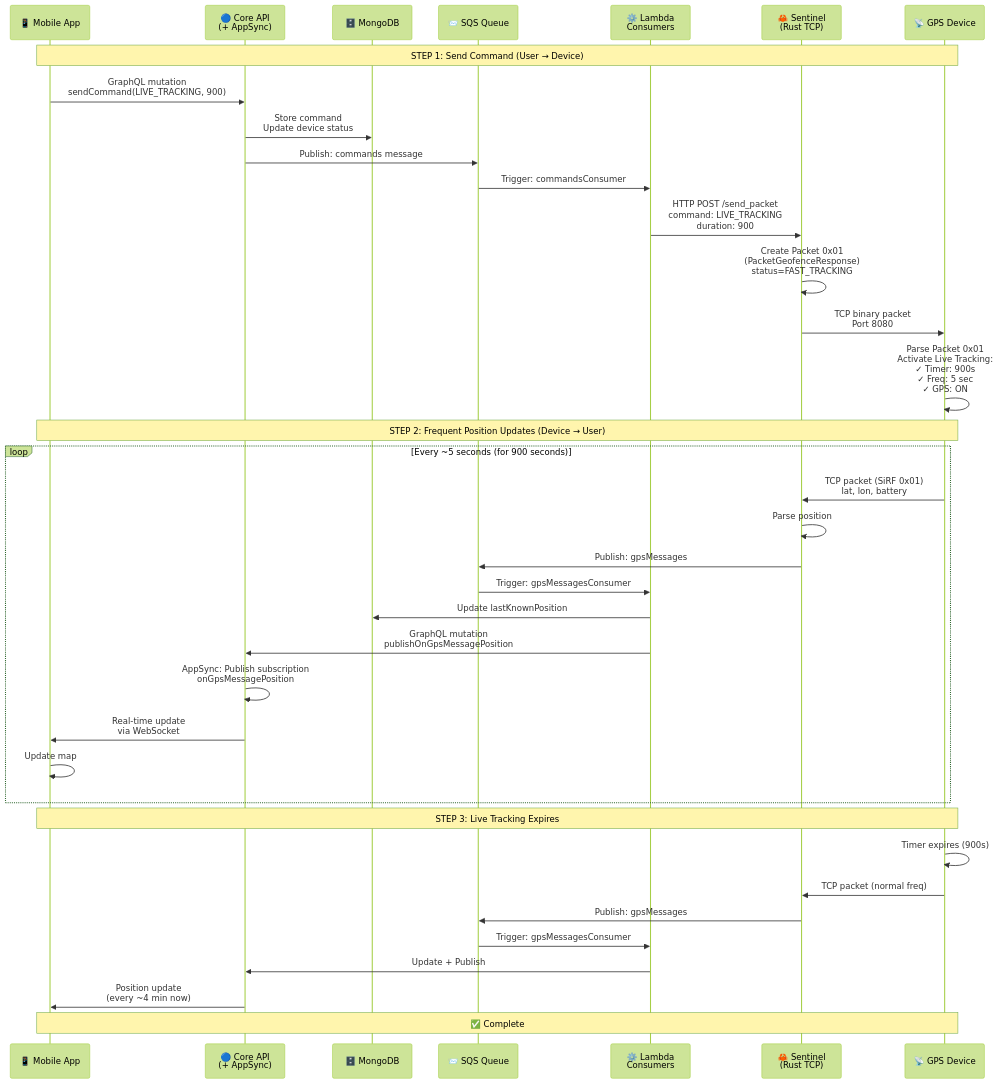
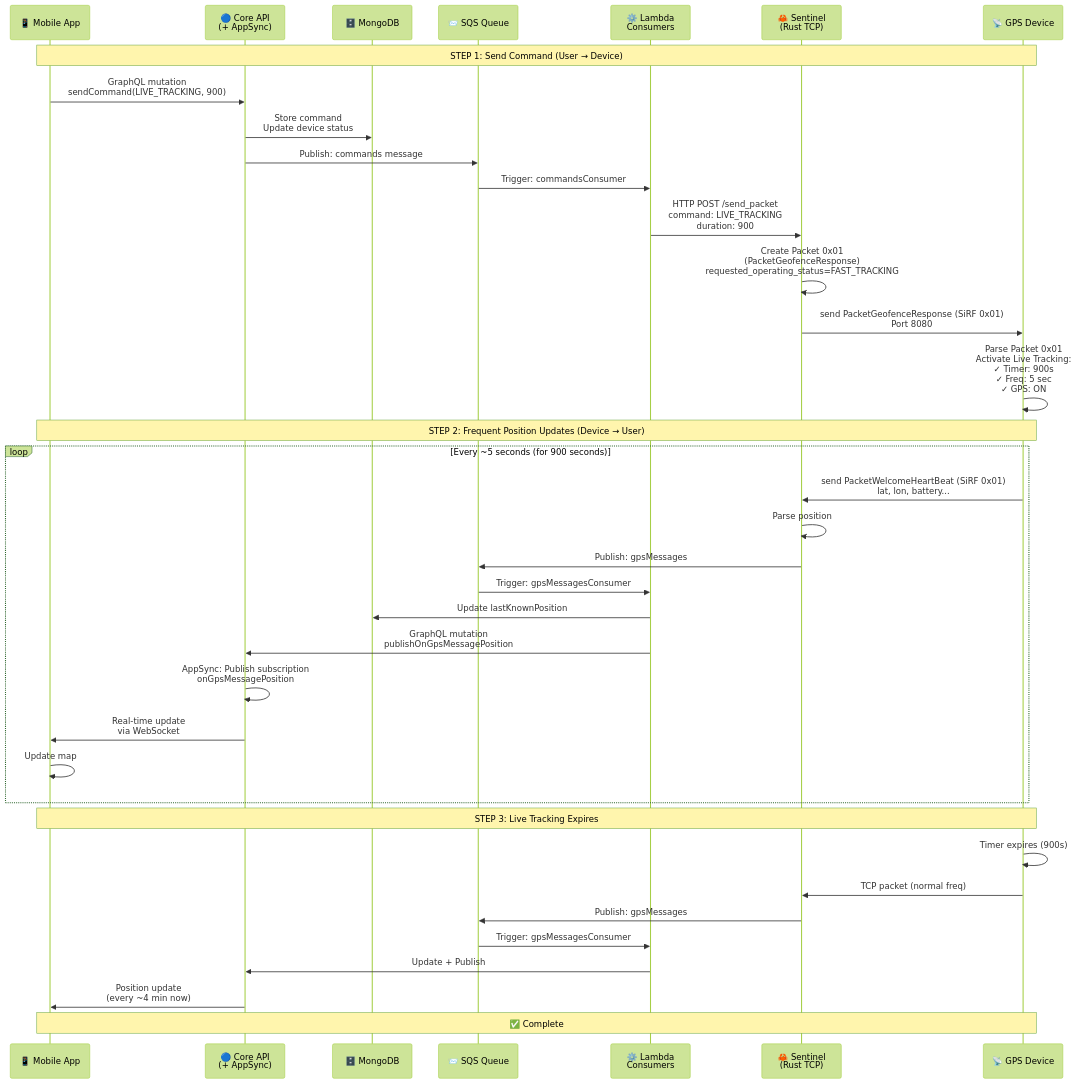
One commit to DatamarsSA/petlink-everywhere-test changed the diagram in docs/modes/mode-live-tracking.md. Above: the diagram before and after it, drawn with Mermaid (forest theme). The commit also changed 4 other files, not shown here.

````diff
--- a/docs/modes/mode-live-tracking.md
+++ b/docs/modes/mode-live-tracking.md
@@ -356,46 +356,46 @@
 ```mermaid
 sequenceDiagram
     participant Mobile as 📱 Mobile App
     participant Core as 🔵 Core API<br/>(+ AppSync)
     participant MongoDB as 🗄️ MongoDB
     participant SQS as 📨 SQS Queue
     participant Lambda as ⚙️ Lambda<br/>Consumers
     participant Sentinel as 🦀 Sentinel<br/>(Rust TCP)
     participant Device as 📡 GPS Device
 
     Note over Mobile,Device: STEP 1: Send Command (User → Device)
 
     Mobile->>Core: GraphQL mutation<br/>sendCommand(LIVE_TRACKING, 900)
     Core->>MongoDB: Store command<br/>Update device status
     Core->>SQS: Publish: commands message
     SQS->>Lambda: Trigger: commandsConsumer
     Lambda->>Sentinel: HTTP POST /send_packet<br/>command: LIVE_TRACKING<br/>duration: 900
-    Sentinel->>Sentinel: Create Packet 0x01<br/>(PacketGeofenceResponse)<br/>status=FAST_TRACKING
-    Sentinel->>Device: TCP binary packet<br/>Port 8080
+    Sentinel->>Sentinel: Create Packet 0x01<br/>(PacketGeofenceResponse)<br/>requested_operating_status=FAST_TRACKING
+    Sentinel->>Device: send PacketGeofenceResponse (SiRF 0x01)<br/>Port 8080
     Device->>Device: Parse Packet 0x01<br/>Activate Live Tracking:<br/>✓ Timer: 900s<br/>✓ Freq: 5 sec<br/>✓ GPS: ON
 
     Note over Mobile,Device: STEP 2: Frequent Position Updates (Device → User)
 
     loop Every ~5 seconds (for 900 seconds)
-        Device->>Sentinel: TCP packet (SiRF 0x01)<br/>lat, lon, battery
+        Device->>Sentinel: send PacketWelcomeHeartBeat (SiRF 0x01)<br/>lat, lon, battery...
         Sentinel->>Sentinel: Parse position
         Sentinel->>SQS: Publish: gpsMessages
         SQS->>Lambda: Trigger: gpsMessagesConsumer
         Lambda->>MongoDB: Update lastKnownPosition
         Lambda->>Core: GraphQL mutation<br/>publishOnGpsMessagePosition
         Core->>Core: AppSync: Publish subscription<br/>onGpsMessagePosition
         Core->>Mobile: Real-time update<br/>via WebSocket
         Mobile->>Mobile: Update map
     end
 
     Note over Mobile,Device: STEP 3: Live Tracking Expires
 
     Device->>Device: Timer expires (900s)
     Device->>Sentinel: TCP packet (normal freq)
     Sentinel->>SQS: Publish: gpsMessages
     SQS->>Lambda: Trigger: gpsMessagesConsumer
     Lambda->>Core: Update + Publish
     Core->>Mobile: Position update<br/>(every ~4 min now)
 
     Note over Mobile,Device: ✅ Complete
 ```
````
